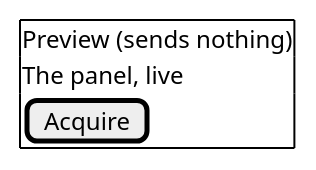
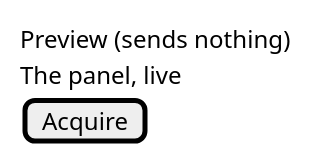
One commit to OutOfBandDevelopment/dev-term changed the fourth of 4 diagrams in docs/specs/manifest-editor.md. Above: the diagram before and after it, drawn with PlantUML. The commit also changed other lines of this file, not shown here.

````diff
--- a/docs/specs/manifest-editor.md
+++ b/docs/specs/manifest-editor.md
@@ -78,9 +76,9 @@
 ```plantuml
 @startsalt
-{+
+{
   Preview (sends nothing)
   The panel, live
   [Acquire]
 }
 @endsalt
 ```
````
